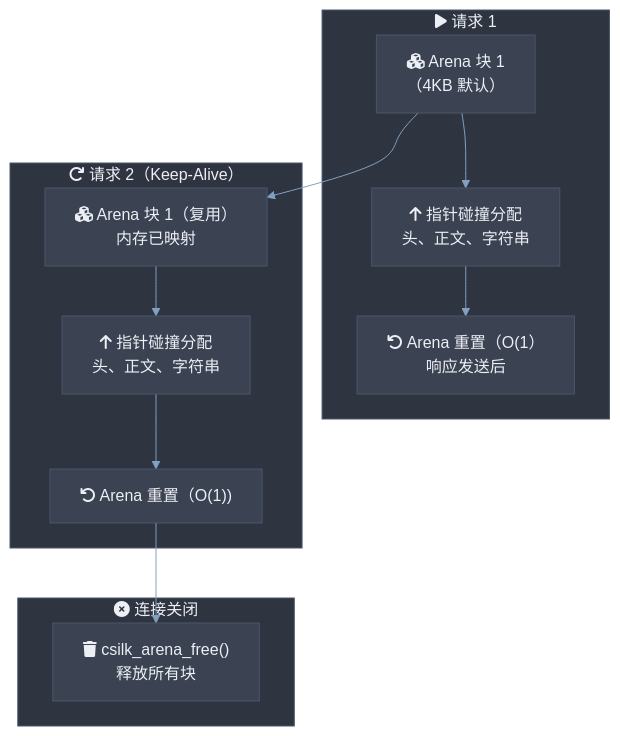
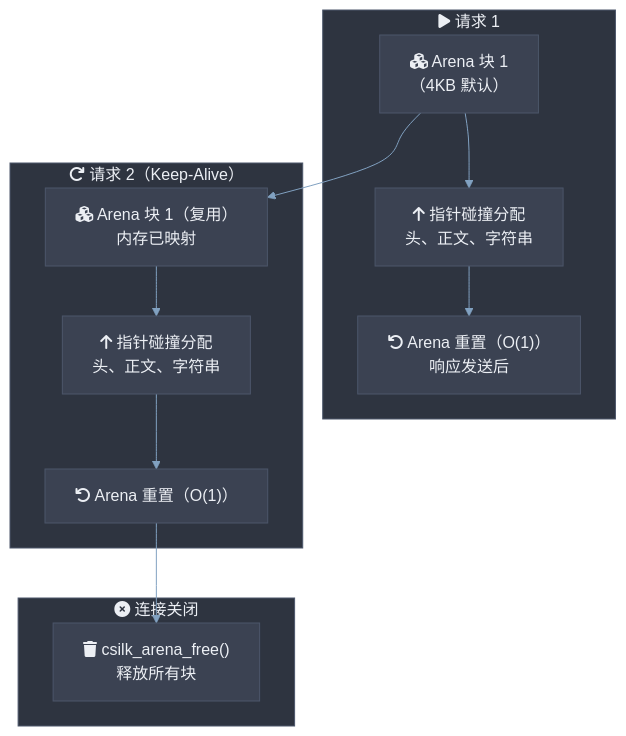
Before and after one commit to quintin-lee/csilk: the fourth of 12 diagrams in docs/zh-CN/architecture.md, drawn with Mermaid.

Commit message:
docs(zh-CN): 📝 fix unmatched parentheses in mermaid diagrams

````diff
--- a/docs/zh-CN/architecture.md
+++ b/docs/zh-CN/architecture.md
@@ -250,43 +250,43 @@
 ```mermaid
 %%{init: {
   'theme': 'base',
   'themeVariables': {
     'background': '#2E3440',
     'primaryColor': '#81A1C1',
     'primaryBorderColor': '#4C566A',
     'primaryTextColor': '#ECEFF4',
     'secondaryColor': '#3B4252',
     'secondaryBorderColor': '#434C5E',
     'secondaryTextColor': '#D8DEE9',
     'lineColor': '#81A1C1',
     'textColor': '#ECEFF4',
     'mainBkg': '#3B4252',
     'nodeBorder': '#4C566A',
     'clusterBkg': '#2E3440',
     'clusterBorder': '#4C566A',
     'titleColor': '#ECEFF4',
     'edgeLabelBackground': '#3B4252',
     'nodeTextColor': '#ECEFF4'
   },
   'flowchart': {'htmlLabels': true, 'curve': 'basis'}
 }}%%
 flowchart TB
     subgraph req1["fa:fa-play 请求 1"]
         A1["fa:fa-cubes Arena 块 1<br/>（4KB 默认）"]
         A1 --> P1["fa:fa-arrow-up 指针碰撞分配<br/>头、正文、字符串"]
-        P1 --> F1["fa:fa-undo Arena 重置（O(1）<br/>响应发送后"]
+        P1 --> F1["fa:fa-undo Arena 重置（O(1)）<br/>响应发送后"]
     end
 
     subgraph req2["fa:fa-redo 请求 2（Keep-Alive）"]
         A2["fa:fa-cubes Arena 块 1（复用）<br/>内存已映射"]
         A2 --> P2["fa:fa-arrow-up 指针碰撞分配<br/>头、正文、字符串"]
-        P2 --> F2["fa:fa-undo Arena 重置（O(1))"]
+        P2 --> F2["fa:fa-undo Arena 重置（O(1)）"]
     end
 
     subgraph conn_close["fa:fa-times-circle 连接关闭"]
         FREE["fa:fa-trash csilk_arena_free()<br/>释放所有块"]
     end
 
     A1 --> A2
     F2 --> FREE
 ```
````
